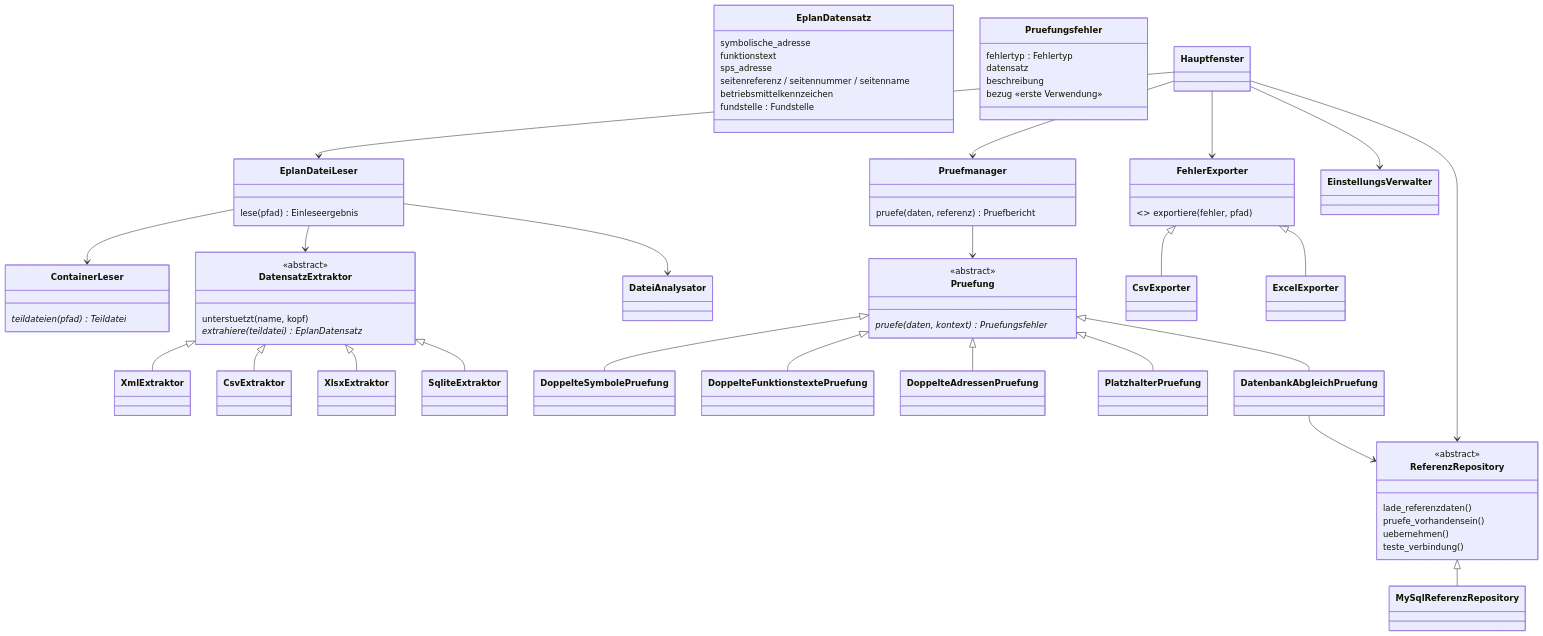
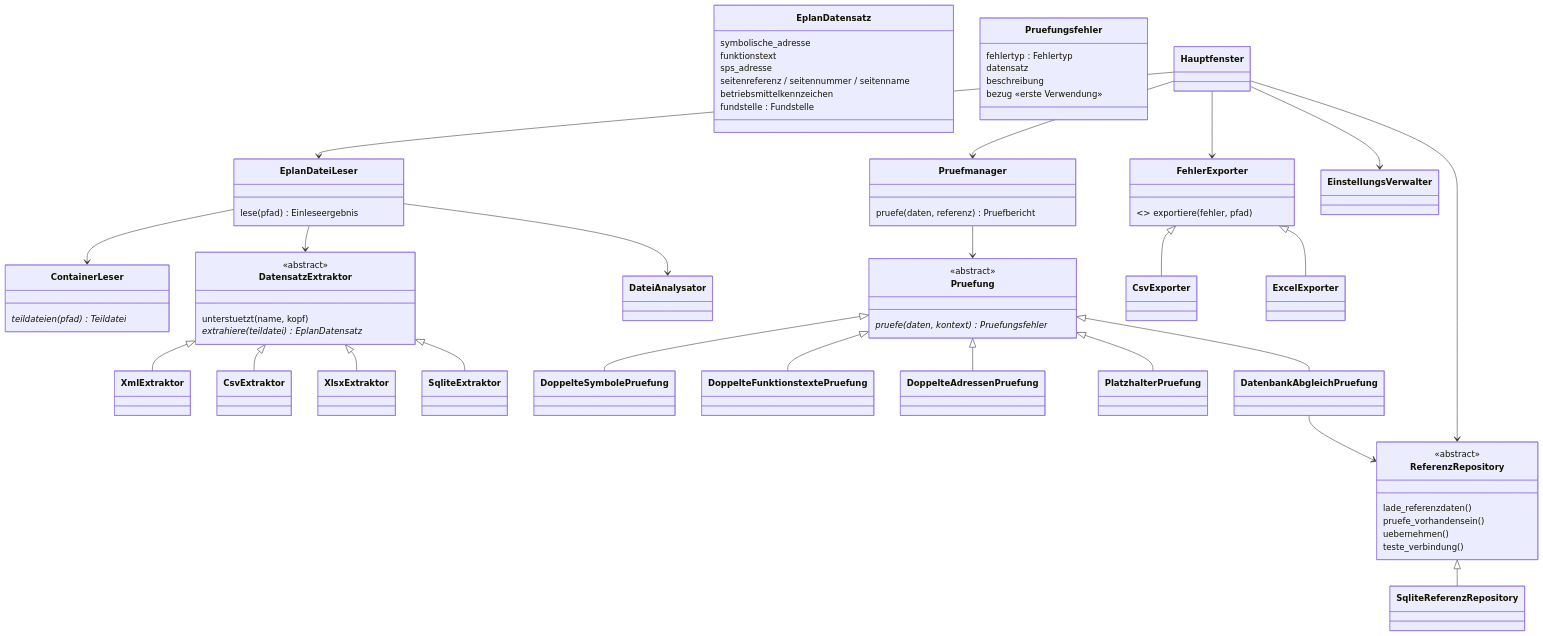
One commit to CoreS3XY/eplan changed the diagram in docs/ARCHITEKTUR.md. Above: the diagram before and after it, drawn with Mermaid. The commit also changed other lines of this file and 19 other files, not shown here.

````diff
--- a/docs/ARCHITEKTUR.md
+++ b/docs/ARCHITEKTUR.md
@@ -16,69 +16,69 @@
 ```mermaid
 classDiagram
     class EplanDatensatz {
         symbolische_adresse
         funktionstext
         sps_adresse
         seitenreferenz / seitennummer / seitenname
         betriebsmittelkennzeichen
         fundstelle : Fundstelle
     }
     class Pruefungsfehler {
         fehlertyp : Fehlertyp
         datensatz
         beschreibung
         bezug  «erste Verwendung»
     }
 
     class EplanDateiLeser {
         lese(pfad) Einleseergebnis
     }
     class ContainerLeser {
         teildateien(pfad) Teildatei*
     }
     class DatensatzExtraktor {
         <<abstract>>
         unterstuetzt(name, kopf)
         extrahiere(teildatei) EplanDatensatz*
     }
     DatensatzExtraktor <|-- XmlExtraktor
     DatensatzExtraktor <|-- CsvExtraktor
     DatensatzExtraktor <|-- XlsxExtraktor
     DatensatzExtraktor <|-- SqliteExtraktor
     EplanDateiLeser --> ContainerLeser
     EplanDateiLeser --> DatensatzExtraktor
     EplanDateiLeser --> DateiAnalysator
 
     class Pruefung {
         <<abstract>>
         pruefe(daten, kontext) Pruefungsfehler*
     }
     Pruefung <|-- DoppelteSymbolePruefung
     Pruefung <|-- DoppelteFunktionstextePruefung
     Pruefung <|-- DoppelteAdressenPruefung
     Pruefung <|-- PlatzhalterPruefung
     Pruefung <|-- DatenbankAbgleichPruefung
     class Pruefmanager { pruefe(daten, referenz) Pruefbericht }
     Pruefmanager --> Pruefung
     DatenbankAbgleichPruefung --> ReferenzRepository
 
     class ReferenzRepository {
         <<abstract>>
         lade_referenzdaten()
         pruefe_vorhandensein()
         uebernehmen()
         teste_verbindung()
     }
-    ReferenzRepository <|-- MySqlReferenzRepository
+    ReferenzRepository <|-- SqliteReferenzRepository
 
     class FehlerExporter { <<abstract>> exportiere(fehler, pfad) }
     FehlerExporter <|-- CsvExporter
     FehlerExporter <|-- ExcelExporter
 
     class Hauptfenster
     Hauptfenster --> EplanDateiLeser
     Hauptfenster --> Pruefmanager
     Hauptfenster --> ReferenzRepository
     Hauptfenster --> FehlerExporter
     Hauptfenster --> EinstellungsVerwalter
 ```
````
